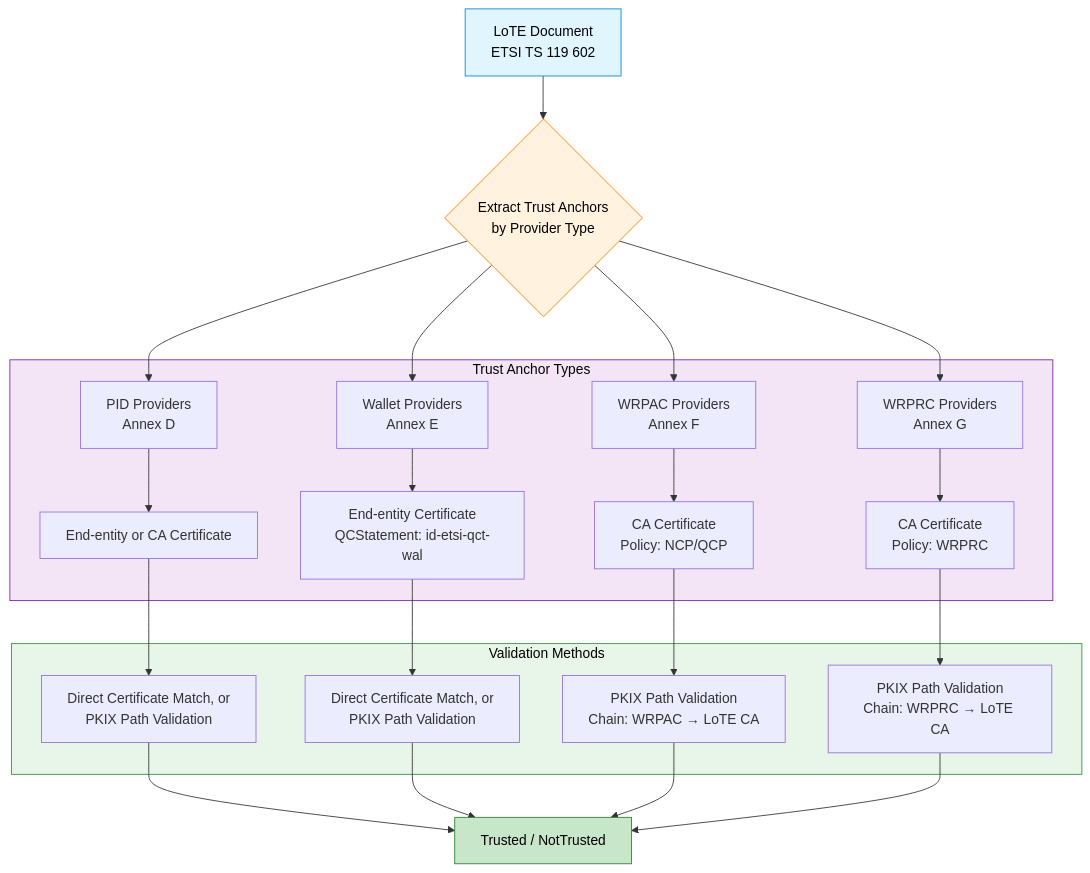
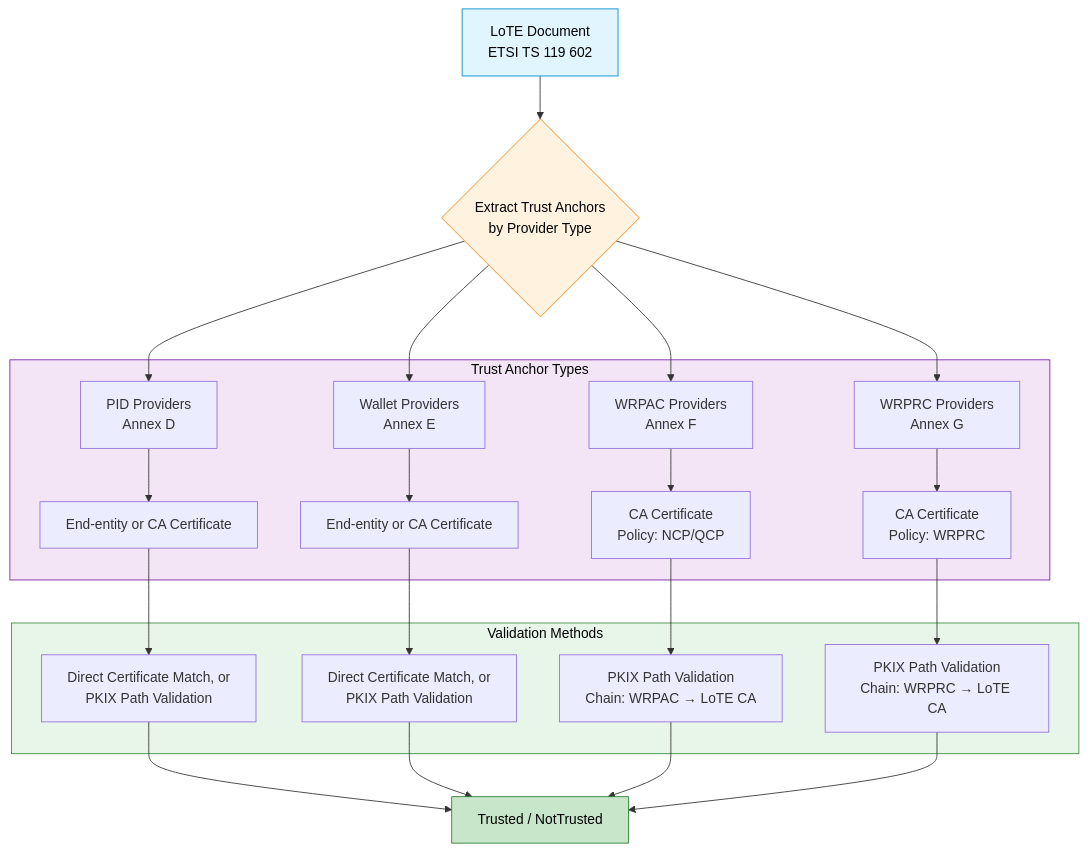
Before and after one commit to eu-digital-identity-wallet/eudi-lib-kmp-etsi-1196x2: the diagram in 119602-consultation/README.md, drawn with Mermaid.

Commit message:
Corrected mermaid diagram of 119602

````diff
--- a/119602-consultation/README.md
+++ b/119602-consultation/README.md
@@ -165,32 +165,32 @@
 ```mermaid
 flowchart TD
     A[LoTE Document<br/>ETSI TS 119 602] --> B{Extract Trust Anchors<br/>by Provider Type}
     B --> C1[PID Providers<br/>Annex D]
     B --> C2[Wallet Providers<br/>Annex E]
     B --> C3[WRPAC Providers<br/>Annex F]
     B --> C4[WRPRC Providers<br/>Annex G]
 
     subgraph TrustAnchorTypes["Trust Anchor Types"]
         C1 --> D1["End-entity or CA Certificate"]
-        C2 --> D2["End-entity Certificate<br/>QCStatement: id-etsi-qct-wal"]
+        C2 --> D2["End-entity or CA Certificate"]
         C3 --> D3["CA Certificate<br/>Policy: NCP/QCP"]
         C4 --> D4["CA Certificate<br/>Policy: WRPRC"]
     end
 
     subgraph ValidationMethods["Validation Methods"]
         D1 --> E1["Direct Certificate Match, or</br>PKIX Path Validation"]
         D2 --> E2["Direct Certificate Match, or</br>PKIX Path Validation"]
         D3 --> E3["PKIX Path Validation<br/>Chain: WRPAC → LoTE CA"]
         D4 --> E4["PKIX Path Validation<br/>Chain: WRPRC → LoTE CA"]
     end
 
     E1 --> F1[Trusted / NotTrusted]
     E2 --> F1[Trusted / NotTrusted]
     E3 --> F1[Trusted / NotTrusted]
     E4 --> F1[Trusted / NotTrusted]
     style A fill: #e1f5fe, stroke: #0288d1, color: #000
     style B fill: #fff3e0, stroke: #f57c00, color: #000
     style TrustAnchorTypes fill: #f3e5f5, stroke: #7b1fa2, color: #000
     style ValidationMethods fill: #e8f5e9, stroke: #388e3c, color: #000
     style F1 fill: #c8e6c9, stroke: #2e7d32, color: #000
 ```
````
